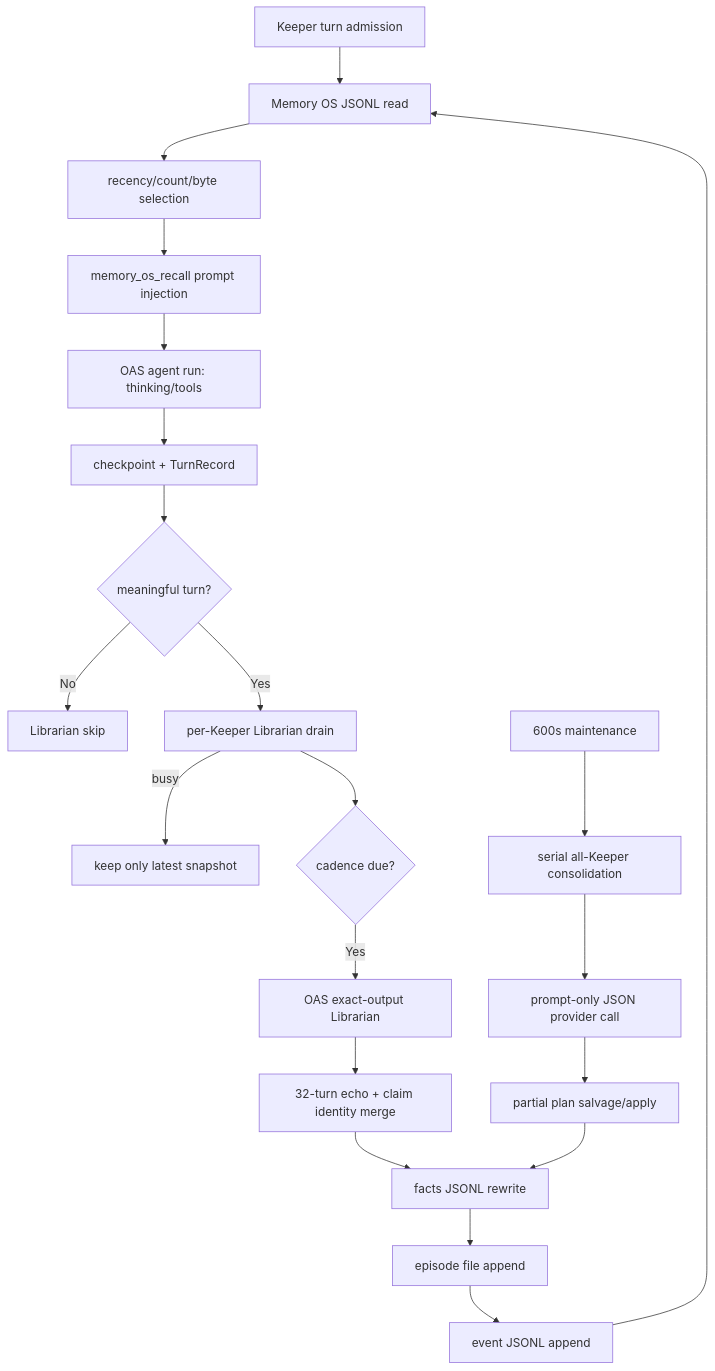
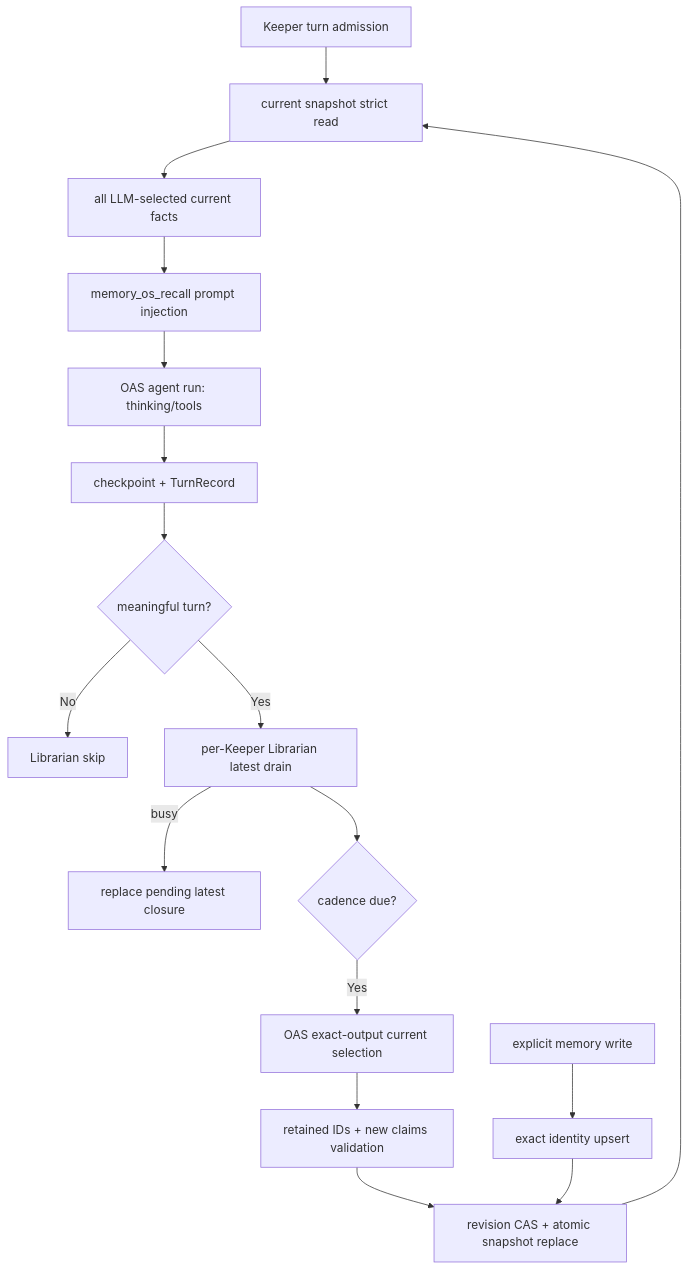
One commit to jeong-sik/masc changed the diagram in reports/MASC-LIBRARIAN-MEMORY-OS-ADVERSARIAL-AUDIT-2026-07-30.md. Above: the diagram before and after it, drawn with Mermaid. The commit also changed other lines of this file, not shown here.

Commit message:
docs(memory): re-audit current contract after hard cut

````diff
--- a/reports/MASC-LIBRARIAN-MEMORY-OS-ADVERSARIAL-AUDIT-2026-07-30.md
+++ b/reports/MASC-LIBRARIAN-MEMORY-OS-ADVERSARIAL-AUDIT-2026-07-30.md
@@ -328,24 +338,20 @@
 ```mermaid
 flowchart TD
-    A[Keeper turn admission] --> B[Memory OS JSONL read]
-    B --> C[recency/count/byte selection]
+    A[Keeper turn admission] --> B[current snapshot strict read]
+    B --> C[all LLM-selected current facts]
     C --> D[memory_os_recall prompt injection]
     D --> E[OAS agent run: thinking/tools]
     E --> F[checkpoint + TurnRecord]
     F --> G{meaningful turn?}
     G -->|No| H[Librarian skip]
-    G -->|Yes| I[per-Keeper Librarian drain]
-    I -->|busy| J[keep only latest snapshot]
+    G -->|Yes| I[per-Keeper Librarian latest drain]
+    I -->|busy| J[replace pending latest closure]
     I --> K{cadence due?}
-    K -->|Yes| L[OAS exact-output Librarian]
-    L --> M[32-turn echo + claim identity merge]
-    M --> N[facts JSONL rewrite]
-    N --> O[episode file append]
-    O --> P[event JSONL append]
-    P --> B
+    K -->|Yes| L[OAS exact-output current selection]
+    L --> M[retained IDs + new claims validation]
+    M --> N[revision CAS + atomic snapshot replace]
+    N --> B
 
-    Q[600s maintenance] --> R[serial all-Keeper consolidation]
-    R --> S[prompt-only JSON provider call]
-    S --> T[partial plan salvage/apply]
-    T --> N
+    Q[explicit memory write] --> R[exact identity upsert]
+    R --> N
 ```
````
